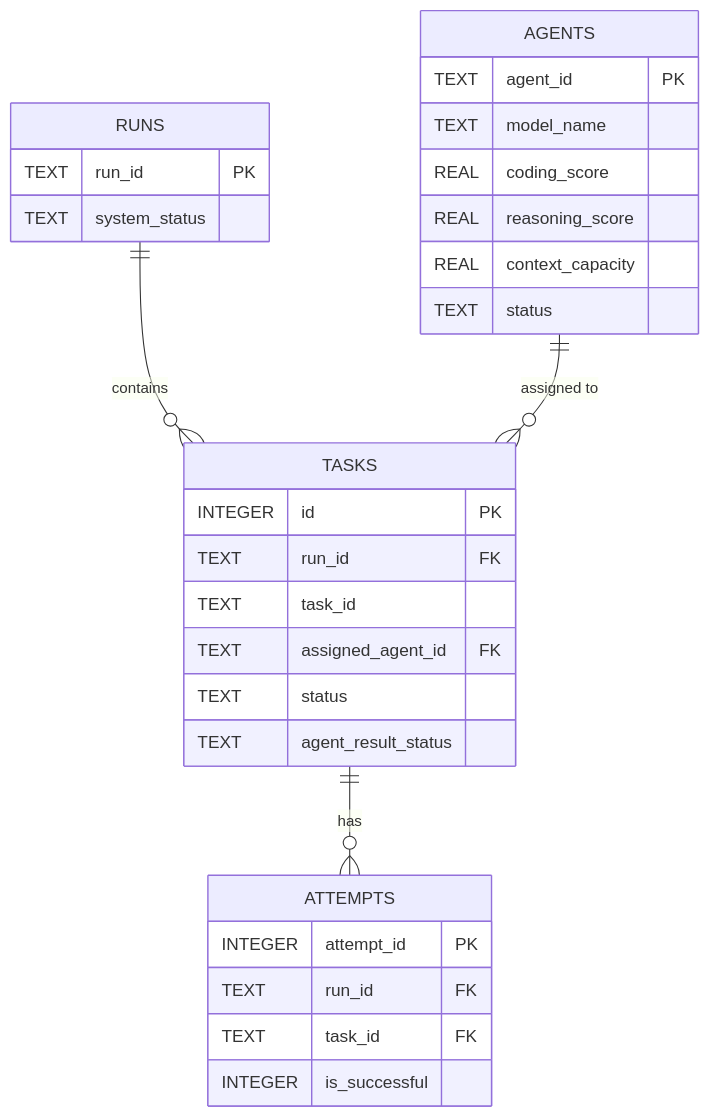
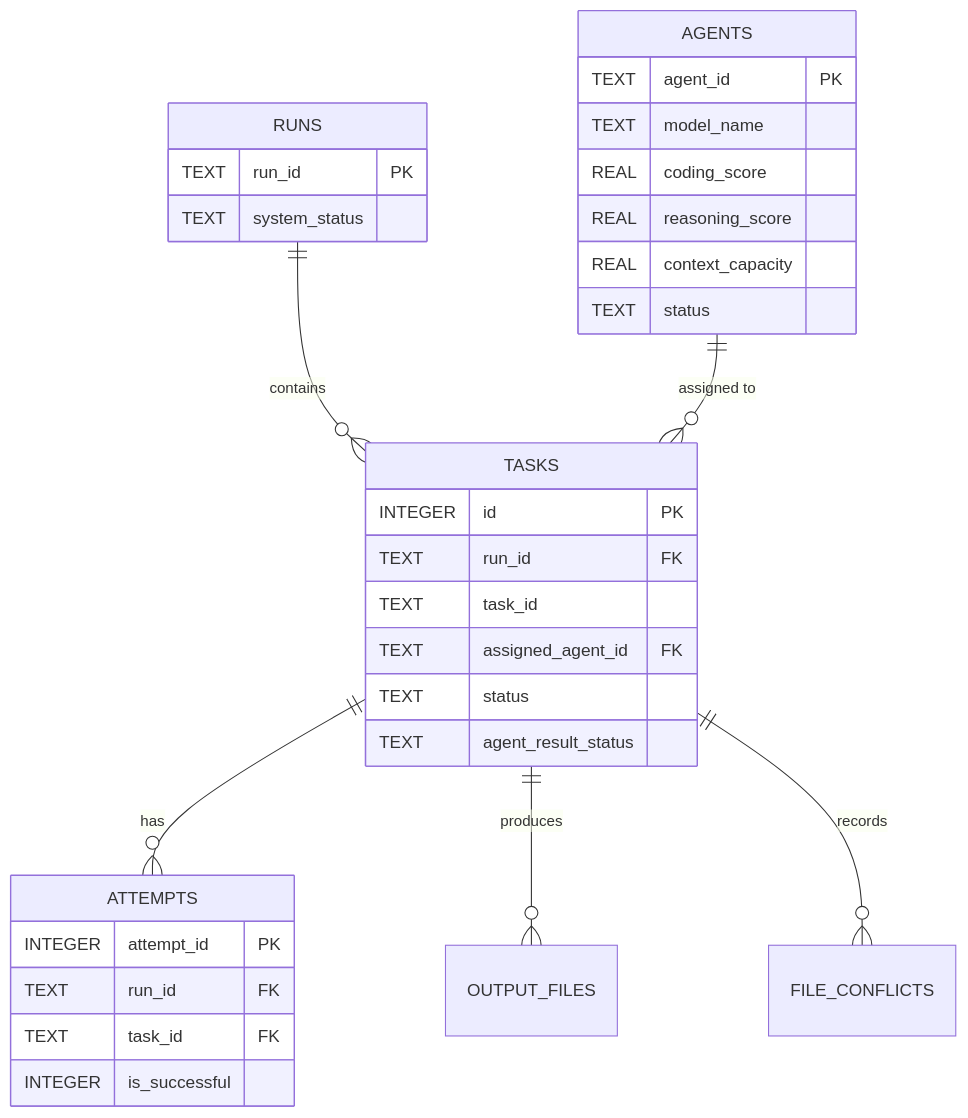
One commit to gorkemcolakk/Distributed-AI-Software-Development-Platform changed the diagram in docs/DATA_MODEL.md. Above: the diagram before and after it, drawn with Mermaid. The commit also changed other lines of this file and 7 other files, not shown here.

Commit message:
feat(S4-04): resolve path/schema conflicts and persist output_files & attempt history

````diff
--- a/docs/DATA_MODEL.md
+++ b/docs/DATA_MODEL.md
@@ -113,32 +133,34 @@
 ```mermaid
 erDiagram
     RUNS ||--o{ TASKS : "contains"
     AGENTS ||--o{ TASKS : "assigned to"
     TASKS ||--o{ ATTEMPTS : "has"
+    TASKS ||--o{ OUTPUT_FILES : "produces"
+    TASKS ||--o{ FILE_CONFLICTS : "records"
     RUNS {
         TEXT run_id PK
         TEXT system_status
     }
     AGENTS {
         TEXT agent_id PK
         TEXT model_name
         REAL coding_score
         REAL reasoning_score
         REAL context_capacity
         TEXT status
     }
     TASKS {
         INTEGER id PK
         TEXT run_id FK
         TEXT task_id
         TEXT assigned_agent_id FK
         TEXT status
         TEXT agent_result_status
     }
     ATTEMPTS {
         INTEGER attempt_id PK
         TEXT run_id FK
         TEXT task_id FK
         INTEGER is_successful
     }
 ```
````
